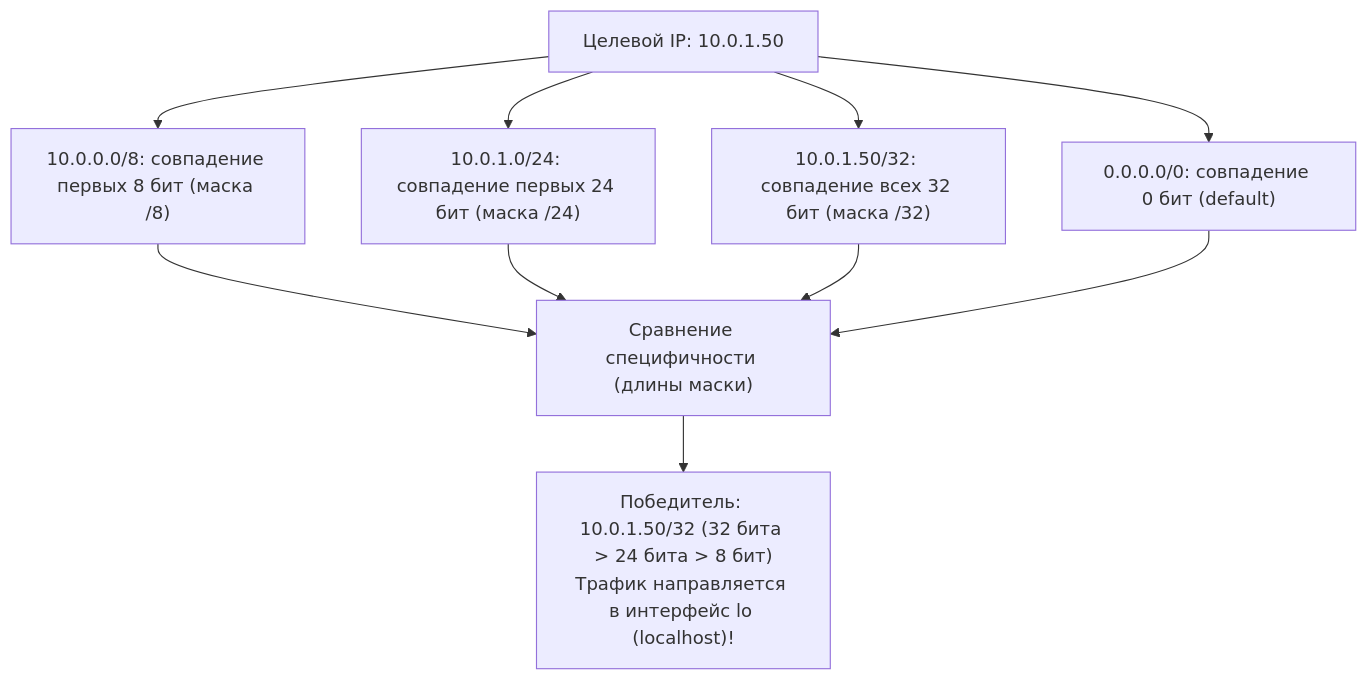
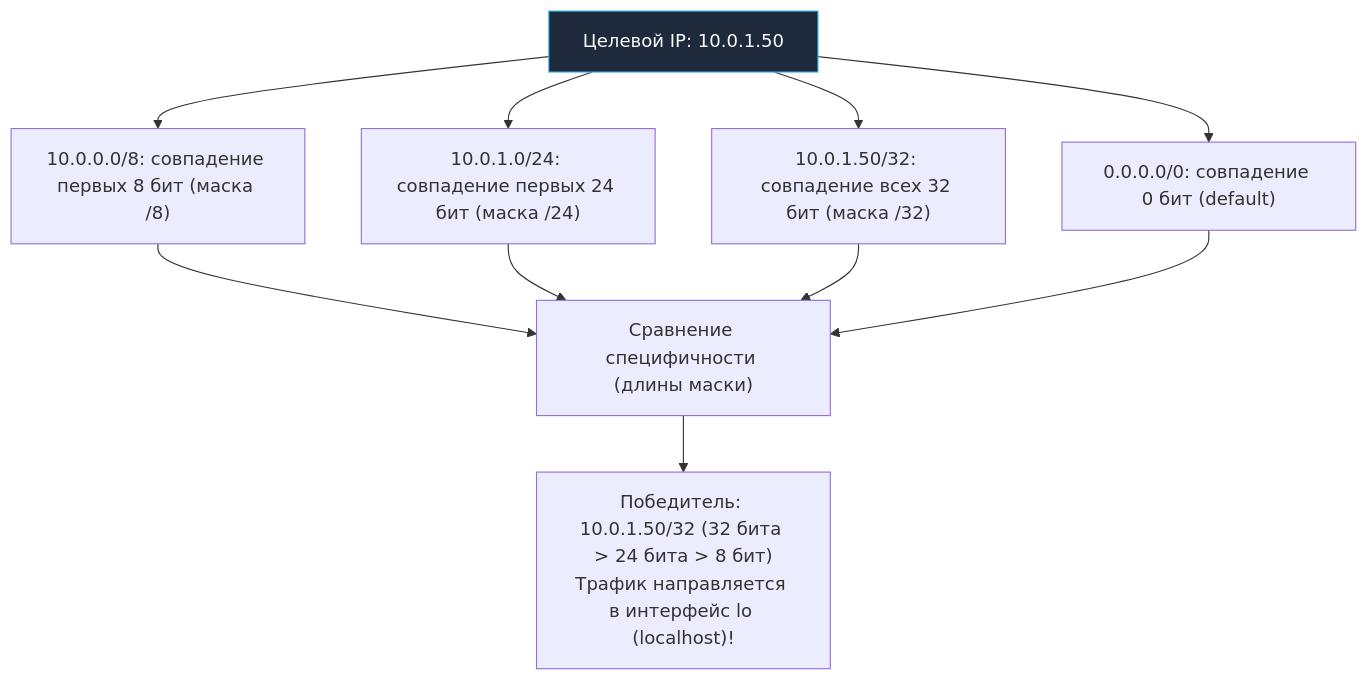
One commit to UnrealTemplier/go-textbook changed the second of 5 diagrams in sources/3. Компьютерные сети и сетевой стек/6. Маршрутизация. Таблица маршрутов, шлюзы и default route.md. Above: the diagram before and after it, drawn with Mermaid. The commit also changed other lines of this file and 1666 other files, not shown here.

First line of the commit message:
feat(mermaid): add semantic color classDef to 1369 colorless flowchart/graph diagrams

````diff
--- a/sources/3. Компьютерные сети и сетевой стек/6. Маршрутизация. Таблица маршрутов, шлюзы и default route.md
+++ b/sources/3. Компьютерные сети и сетевой стек/6. Маршрутизация. Таблица маршрутов, шлюзы и default route.md
@@ -107,14 +117,24 @@
 ```mermaid
 flowchart TD
-    Target["Целевой IP: 10.0.1.50"] --> Check1["10.0.0.0/8: совпадение первых 8 бит (маска /8)"]
+    classDef process  fill:#1e293b,stroke:#38bdf8,stroke-width:1px,color:#f8fafc
+    classDef success  fill:#064e3b,stroke:#34d399,stroke-width:1px,color:#f8fafc
+    classDef error    fill:#7f1d1d,stroke:#f87171,stroke-width:1px,color:#f8fafc
+    classDef warning  fill:#78350f,stroke:#fbbf24,stroke-width:1px,color:#f8fafc
+    classDef entry    fill:#1e3a5f,stroke:#38bdf8,stroke-width:2px,color:#f8fafc
+    classDef aux      fill:#334155,stroke:#64748b,stroke-width:1px,color:#f8fafc
+    classDef system   fill:#312e81,stroke:#a78bfa,stroke-width:1px,color:#f8fafc
+    classDef data     fill:#132d29,stroke:#2dd4bf,stroke-width:1px,color:#f8fafc
+    classDef network  fill:#881337,stroke:#fb7185,stroke-width:1px,color:#f8fafc
+    classDef accent   fill:#1e1b4b,stroke:#818cf8,stroke-width:1px,color:#f8fafc
+    Target["Целевой IP: 10.0.1.50"]:::process --> Check1["10.0.0.0/8: совпадение первых 8 бит (маска /8)"]
     Target --> Check2["10.0.1.0/24: совпадение первых 24 бит (маска /24)"]
     Target --> Check3["10.0.1.50/32: совпадение всех 32 бит (маска /32)"]
     Target --> Check4["0.0.0.0/0: совпадение 0 бит (default)"]
 
     Check1 --> Compare["Сравнение специфичности (длины маски)"]
     Check2 --> Compare
     Check3 --> Compare
     Check4 --> Compare
 
     Compare --> Result["Победитель: 10.0.1.50/32 (32 бита > 24 бита > 8 бит)<br/>Трафик направляется в интерфейс lo (localhost)!"]
 ```
````
